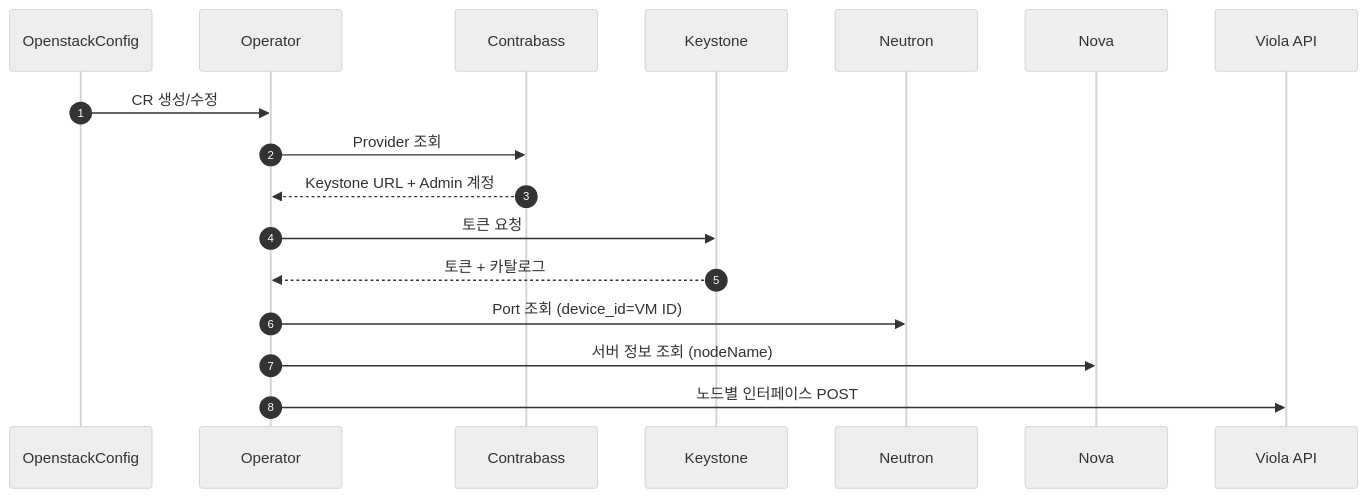
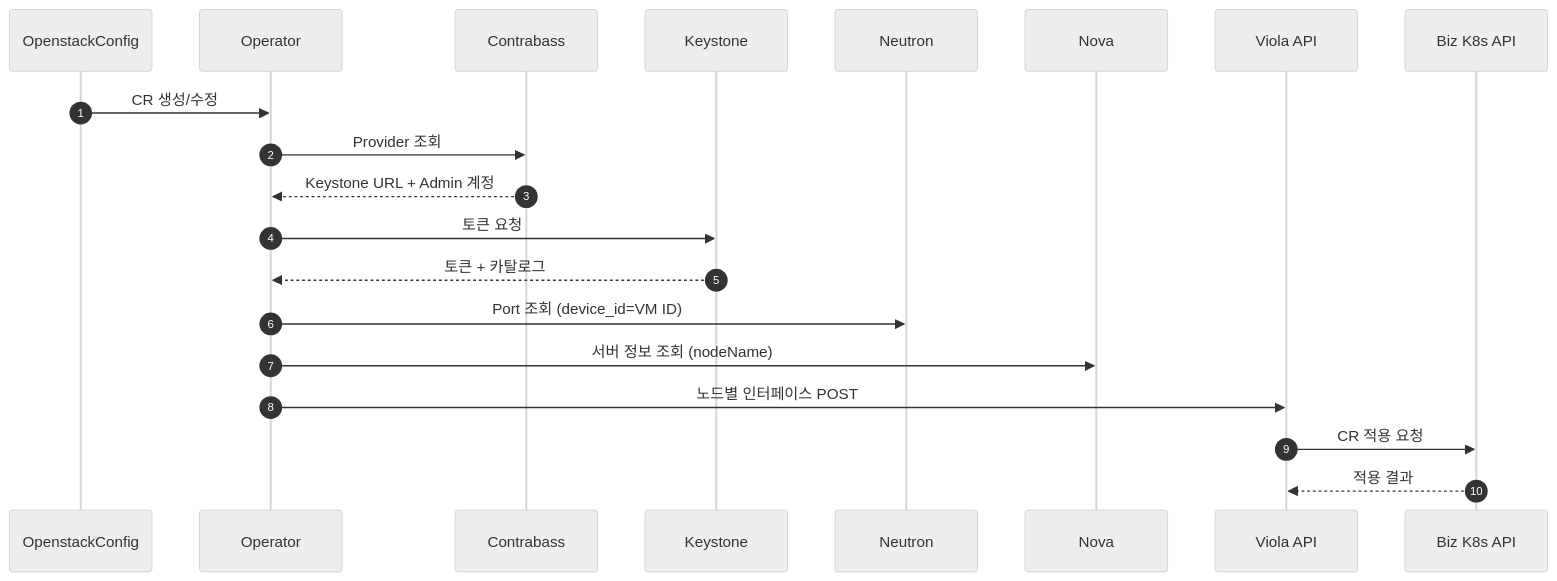
One commit to Minzino/multi-network-interface-operator changed the second of 2 diagrams in README.md. Above: the diagram before and after it, drawn with Mermaid (neutral theme). The commit also changed other lines of this file, not shown here.

Commit message:
docs: clarify viola api placement

````diff
--- a/README.md
+++ b/README.md
@@ -131,20 +133,23 @@
 ```mermaid
 sequenceDiagram
     autonumber
     participant CR as OpenstackConfig
     participant OP as Operator
     participant CB as Contrabass
     participant KS as Keystone
     participant NE as Neutron
     participant NO as Nova
     participant VA as Viola API
+    participant K8S as Biz K8s API
 
     CR->>OP: CR 생성/수정
     OP->>CB: Provider 조회
     CB-->>OP: Keystone URL + Admin 계정
     OP->>KS: 토큰 요청
     KS-->>OP: 토큰 + 카탈로그
     OP->>NE: Port 조회 (device_id=VM ID)
     OP->>NO: 서버 정보 조회 (nodeName)
     OP->>VA: 노드별 인터페이스 POST
+    VA->>K8S: CR 적용 요청
+    K8S-->>VA: 적용 결과
 ```
````
